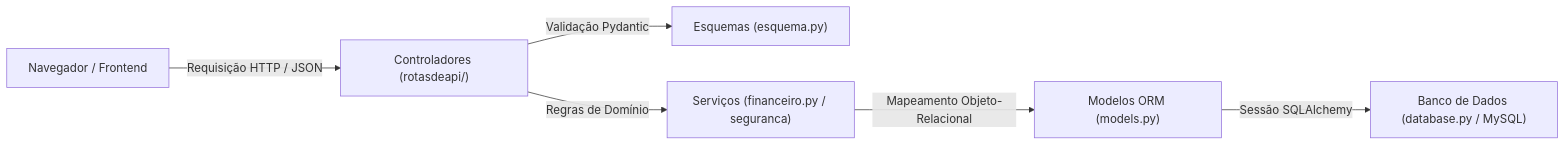
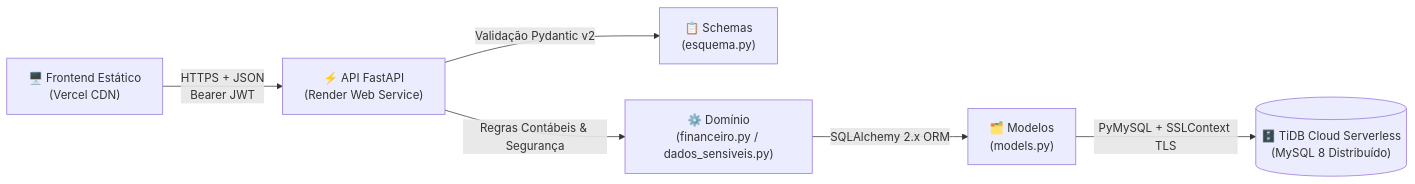
One commit to amorimfps1/fluxo_caixa_campos changed the diagram in ESTRUTURA.md. Above: the diagram before and after it, drawn with Mermaid. The commit also changed other lines of this file and 12 other files, not shown here.

````diff
--- a/ESTRUTURA.md
+++ b/ESTRUTURA.md
@@ -11,8 +14,8 @@
 ```mermaid
 flowchart LR
-    A["Navegador / Frontend"] -->|"Requisição HTTP / JSON"| B["Controladores (rotasdeapi/)"]
-    B -->|"Validação Pydantic"| C["Esquemas (esquema.py)"]
-    B -->|"Regras de Domínio"| D["Serviços (financeiro.py / seguranca)"]
-    D -->|"Mapeamento Objeto-Relacional"| E["Modelos ORM (models.py)"]
-    E -->|"Sessão SQLAlchemy"| F["Banco de Dados (database.py / MySQL)"]
+    A["🖥️ Frontend Estático<br/>(Vercel CDN)"] -->|"HTTPS + JSON<br/>Bearer JWT"| B["⚡ API FastAPI<br/>(Render Web Service)"]
+    B -->|"Validação Pydantic v2"| C["📋 Schemas<br/>(esquema.py)"]
+    B -->|"Regras Contábeis & Segurança"| D["⚙️ Domínio<br/>(financeiro.py / dados_sensiveis.py)"]
+    D -->|"SQLAlchemy 2.x ORM"| E["🗂️ Modelos<br/>(models.py)"]
+    E -->|"PyMySQL + SSLContext TLS"| F[("🗄️ TiDB Cloud Serverless<br/>(MySQL 8 Distribuído)")]
 ```
````
